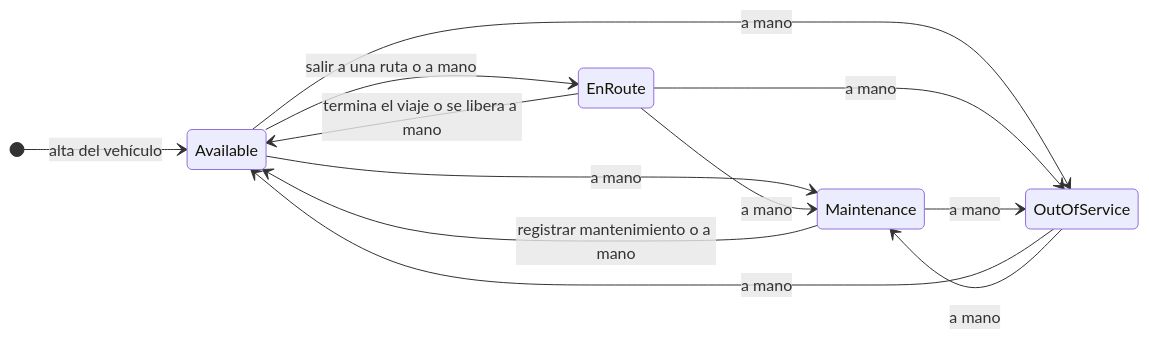
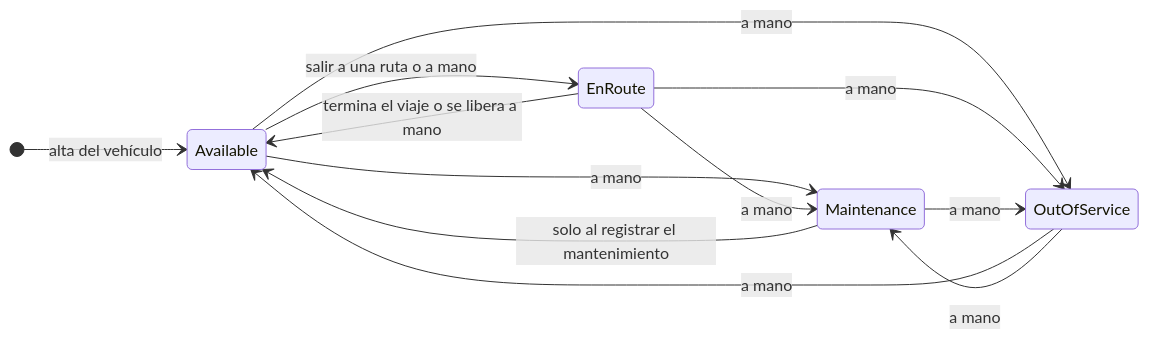
Before and after one commit to StebanGiraldo/Sistema-de-Gesti-n-de-Flotas: diagram 11 of 18 in FleetManagementSystem/README.md, drawn with Mermaid. The commit also changed other lines of this file and 57 other files, not shown here.

````diff
--- a/FleetManagementSystem/README.md
+++ b/FleetManagementSystem/README.md
@@ -2259,15 +2266,15 @@
 ```mermaid
 stateDiagram-v2
     direction LR
     [*] --> Available : alta del vehículo
     Available --> EnRoute : salir a una ruta o a mano
     EnRoute --> Available : termina el viaje o se libera a mano
     Available --> Maintenance : a mano
     EnRoute --> Maintenance : a mano
-    Maintenance --> Available : registrar mantenimiento o a mano
+    Maintenance --> Available : solo al registrar el mantenimiento
     Available --> OutOfService : a mano
     EnRoute --> OutOfService : a mano
     Maintenance --> OutOfService : a mano
     OutOfService --> Available : a mano
     OutOfService --> Maintenance : a mano
 ```
````
